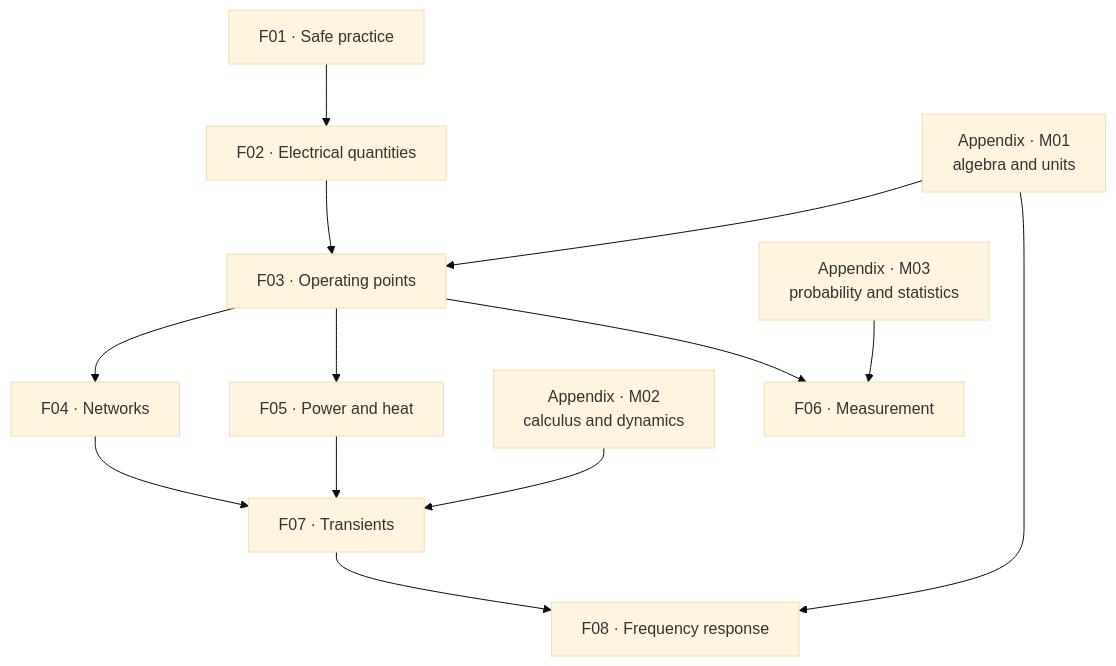
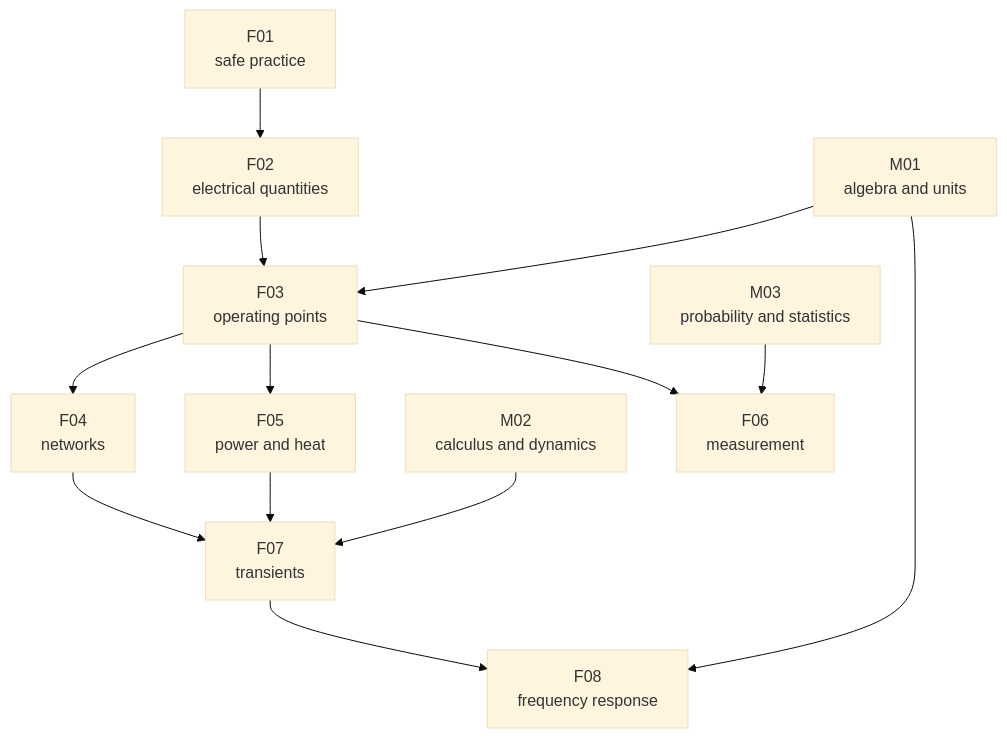
One commit to azinke/emm.edu changed the diagram in curriculum/book/01-foundations/index.qmd. Above: the diagram before and after it, drawn with Mermaid (base theme). The commit also changed other lines of this file and 21 other files, not shown here.

````diff
--- a/curriculum/book/01-foundations/index.qmd
+++ b/curriculum/book/01-foundations/index.qmd
@@ -135,32 +62,32 @@
 ```{mermaid}
 %%| label: fig-foundation-dependencies
-%%| fig-cap: "The direct prerequisite graph for Part I. Each arrow matches one prerequisite in the chapter registry. Appendix nodes are just-in-time inputs; page order, named spines, and downstream handoffs are described separately."
-%%| fig-alt: "A vertical prerequisite graph. F01 leads to F02. F02 and M01 lead to F03. F03 leads separately to F04, F05, and F06, while M03 also leads to F06. F04, F05, and M02 lead to F07. F07 and M01 lead to F08."
+%%| fig-cap: "Direct prerequisites for Part I. Appendix nodes provide just-in-time mathematical support."
+%%| fig-alt: "F01 leads to F02. F02 and M01 lead to F03. F03 leads to F04, F05, and F06, while M03 also leads to F06. F04, F05, and M02 lead to F07. F07 and M01 lead to F08."
 %%| fig-width: 6.1
 flowchart TB
-  M01["Appendix · M01<br/>algebra and units"]
-  M02["Appendix · M02<br/>calculus and dynamics"]
-  M03["Appendix · M03<br/>probability and statistics"]
+  M01["M01<br/>algebra and units"]
+  M02["M02<br/>calculus and dynamics"]
+  M03["M03<br/>probability and statistics"]
 
-  F01["F01 · Safe practice"]
-  F02["F02 · Electrical quantities"]
-  F03["F03 · Operating points"]
-  F04["F04 · Networks"]
-  F05["F05 · Power and heat"]
-  F06["F06 · Measurement"]
-  F07["F07 · Transients"]
-  F08["F08 · Frequency response"]
+  F01["F01<br/>safe practice"]
+  F02["F02<br/>electrical quantities"]
+  F03["F03<br/>operating points"]
+  F04["F04<br/>networks"]
+  F05["F05<br/>power and heat"]
+  F06["F06<br/>measurement"]
+  F07["F07<br/>transients"]
+  F08["F08<br/>frequency response"]
 
   F01 --> F02
   F02 --> F03
   M01 --> F03
   F03 --> F04
   F03 --> F05
   F03 --> F06
   M03 --> F06
   F04 --> F07
   F05 --> F07
   M02 --> F07
   F07 --> F08
   M01 --> F08
 ```
````
